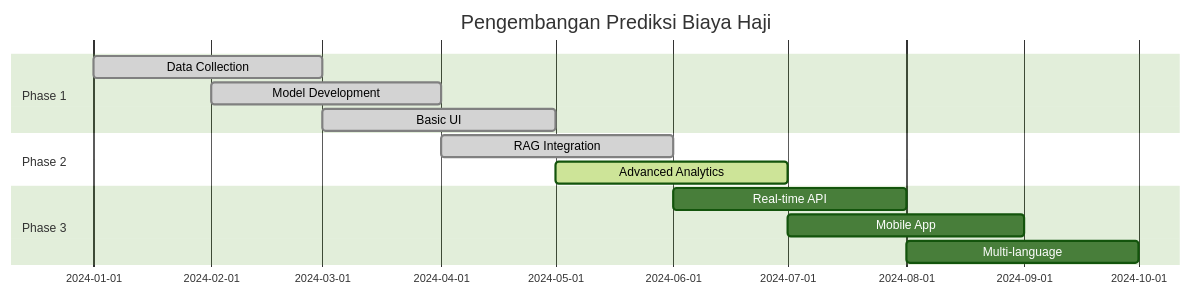
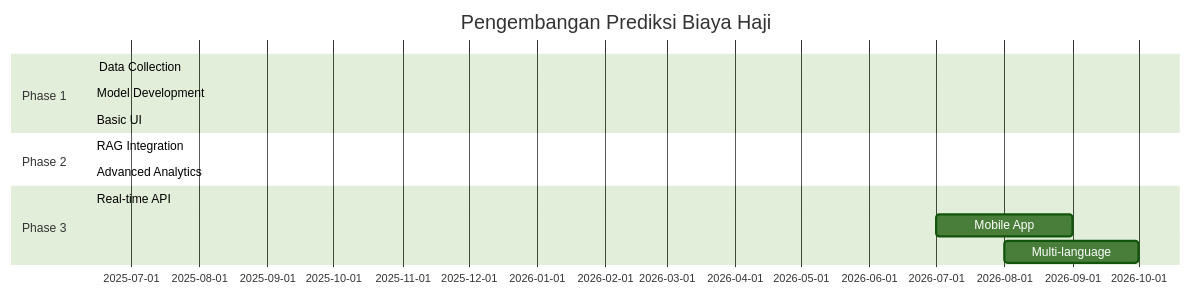
One commit to mshadianto/prediksi_biayahaji changed the diagram in README.md. Above: the diagram before and after it, drawn with Mermaid (forest theme).

Commit message:
Add README.md only

````diff
--- a/README.md
+++ b/README.md
@@ -190,16 +190,16 @@
 ```mermaid
 gantt
     title Pengembangan Prediksi Biaya Haji
     dateFormat  YYYY-MM-DD
     section Phase 1
-    Data Collection    :done, des1, 2024-01-01,2024-03-01
-    Model Development  :done, des2, 2024-02-01, 2024-04-01
-    Basic UI          :done, des3, 2024-03-01, 2024-05-01
+    Data Collection    :done, des1, 2025-06-14,2025-06-14
+    Model Development  :done, des2, 2025-06-15, 2025-06-13
+    Basic UI          :done, des3, 2025-06-15, 2025-06-13
     section Phase 2
-    RAG Integration   :done, des4, 2024-04-01, 2024-06-01
-    Advanced Analytics:active, des5, 2024-05-01, 2024-07-01
+    RAG Integration   :done, des4, 2025-06-15, 2025-06-13
+    Advanced Analytics:active, des5, 2025-06-15, 2025-06-13
     section Phase 3
-    Real-time API     :des6, 2024-06-01, 2024-08-01
-    Mobile App        :des7, 2024-07-01, 2024-09-01
-    Multi-language    :des8, 2024-08-01, 2024-10-01
+    Real-time API     :des6, 2025-06-15, 2025-06-13
+    Mobile App        :des7, 2026-07-01, 2026-09-01
+    Multi-language    :des8, 2026-08-01, 2026-10-01
 ```
````
